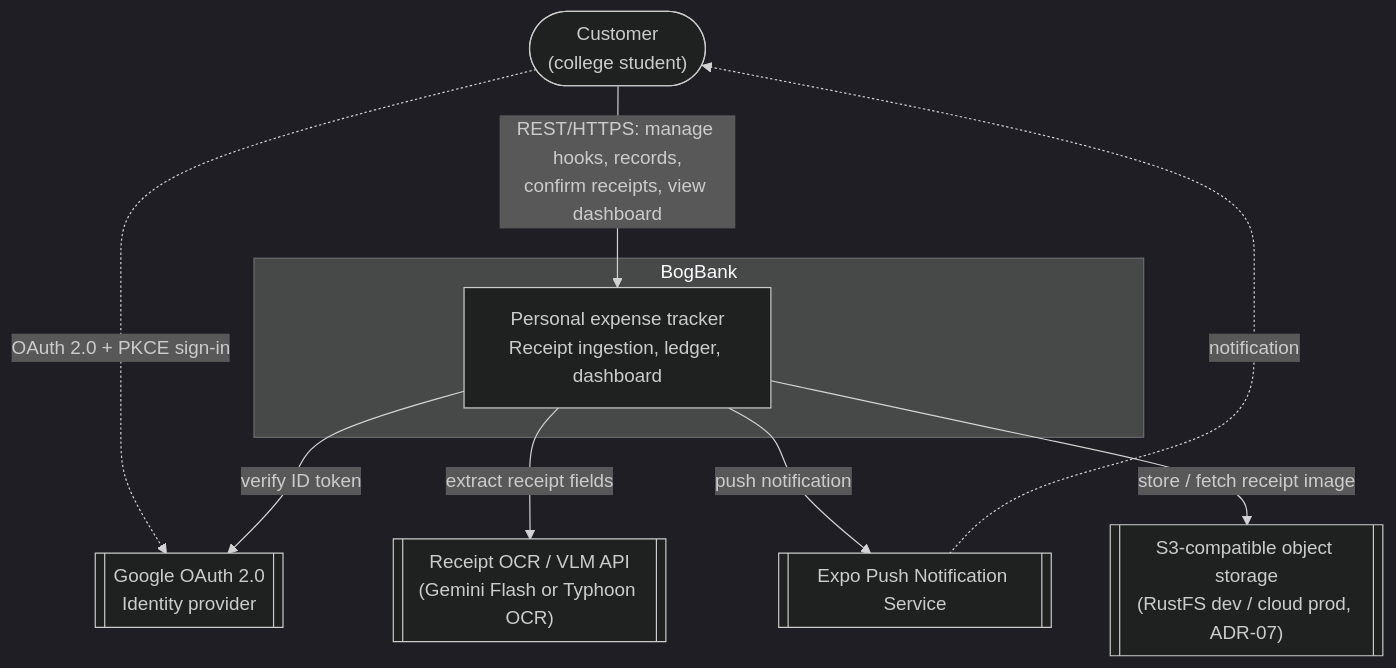
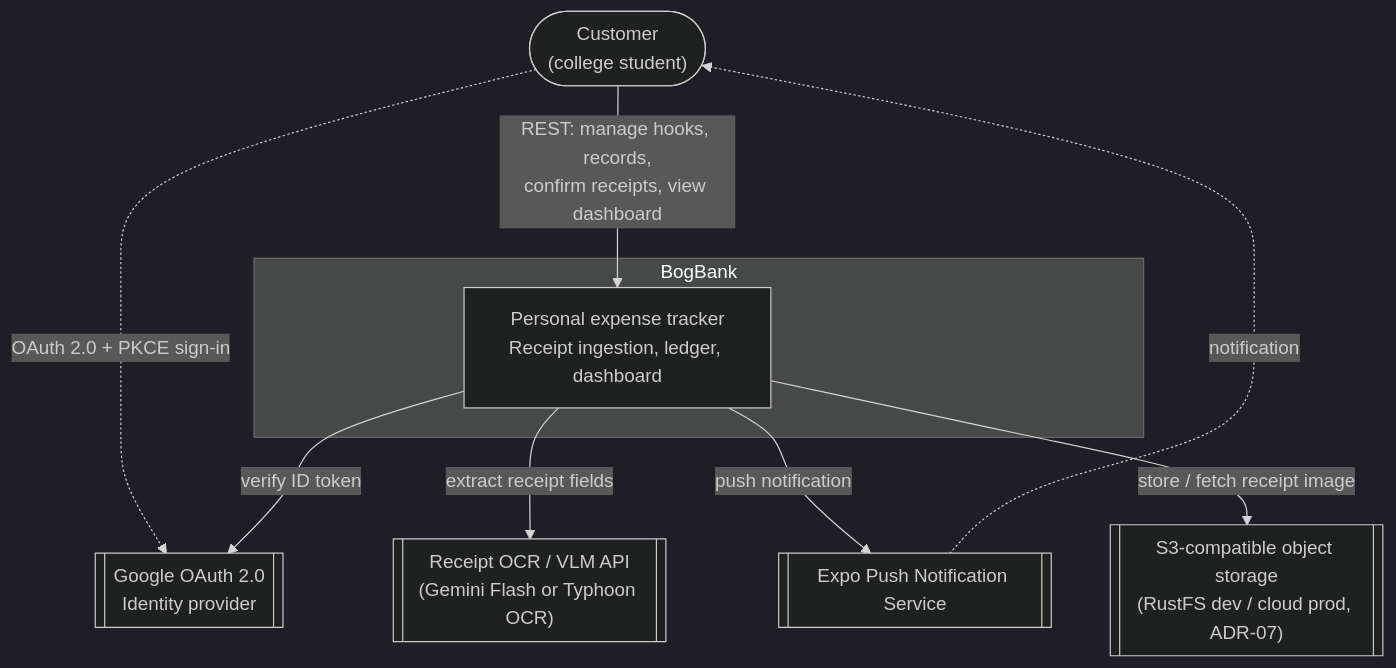
The first of 8 diagrams in docs/arch/microservices-design/architecture-diagram-v2.md (moomaideng/bogbank), drawn with Mermaid (dark theme) before and after one commit. The commit also changed other lines of this file, not shown here.

Commit message:
docs: modified the architecture diagram v2 to align with C4 model

````diff
--- a/docs/arch/microservices-design/architecture-diagram-v2.md
+++ b/docs/arch/microservices-design/architecture-diagram-v2.md
@@ -33,21 +33,21 @@
 ```mermaid
 flowchart TB
     Customer(["Customer<br/>(college student)"])
 
     subgraph BogBank["BogBank"]
         System["Personal expense tracker<br/>Receipt ingestion, ledger, dashboard"]
     end
 
     Google[["Google OAuth 2.0<br/>Identity provider"]]
     VLM[["Receipt OCR / VLM API<br/>(Gemini Flash or Typhoon OCR)"]]
     Push[["Expo Push Notification Service"]]
     S3[["S3-compatible object storage<br/>(RustFS dev / cloud prod, ADR-07)"]]
 
-    Customer -- "REST/HTTPS: manage hooks, records,<br/>confirm receipts, view dashboard" --> System
+    Customer -- "REST: manage hooks, records,<br/>confirm receipts, view dashboard" --> System
     Customer -. "OAuth 2.0 + PKCE sign-in" .-> Google
     System -- "verify ID token" --> Google
     System -- "extract receipt fields" --> VLM
     System -- "push notification" --> Push
     System -- "store / fetch receipt image" --> S3
     Push -. "notification" .-> Customer
 ```
````
